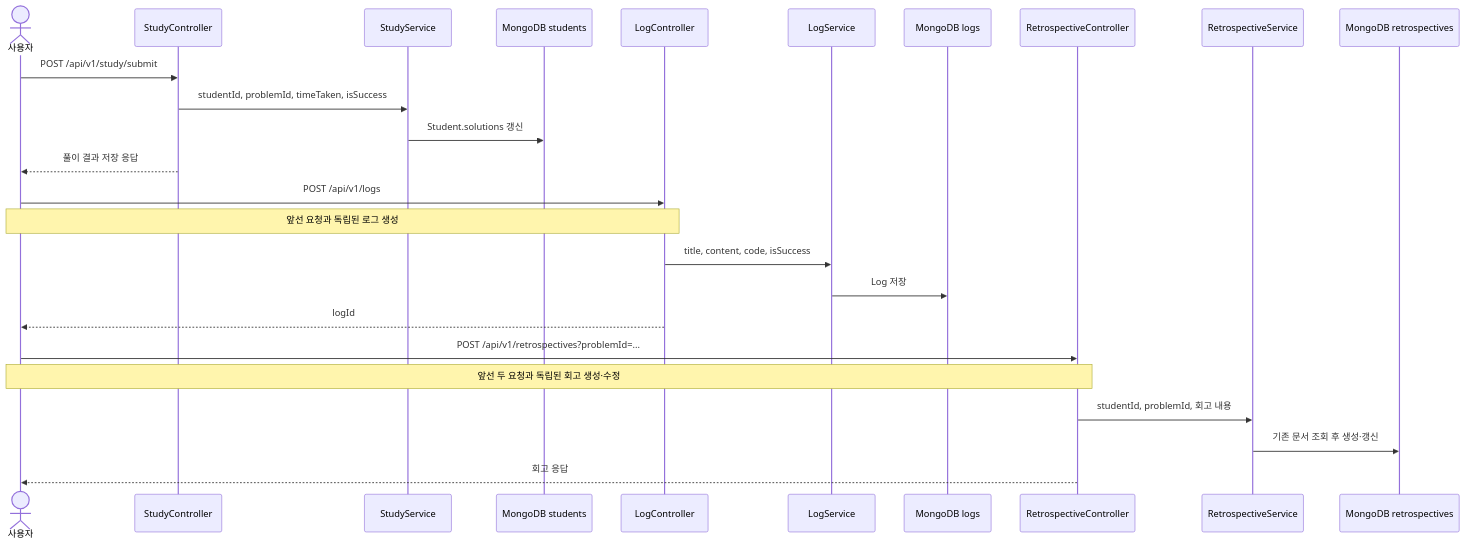
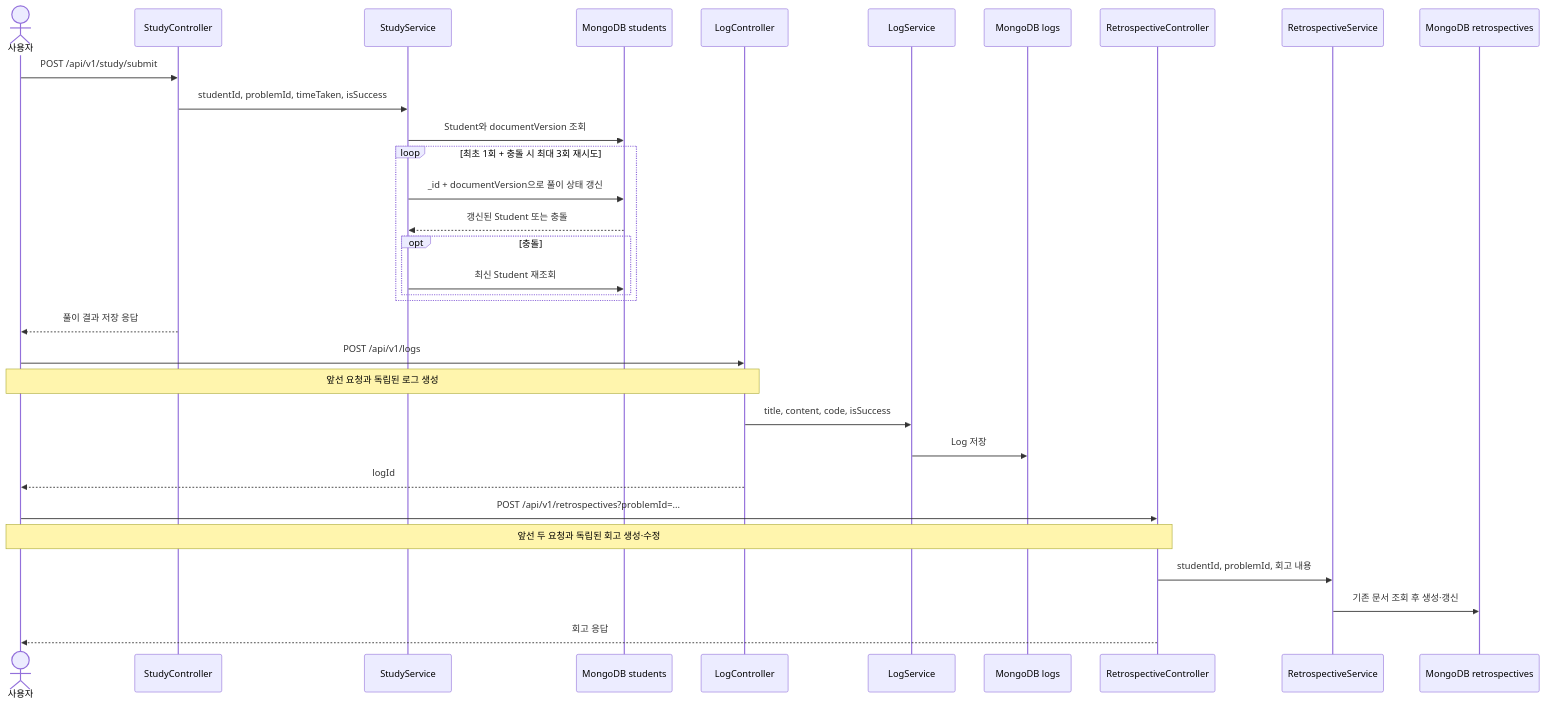
Before and after one commit to didim-log/didim-log-BE: the diagram in DOCS/portfolio/STUDY_RECORD_FLOW.md, drawn with Mermaid. The commit also changed other lines of this file and 13 other files, not shown here.

First line of the commit message:
refactor(study): 풀이 저장 충돌 재시도 (#91)

````diff
--- a/DOCS/portfolio/STUDY_RECORD_FLOW.md
+++ b/DOCS/portfolio/STUDY_RECORD_FLOW.md
@@ -23,30 +23,37 @@
 ```mermaid
 sequenceDiagram
     actor User as 사용자
     participant Study as StudyController
     participant StudySvc as StudyService
     participant Students as MongoDB students
     participant LogCtrl as LogController
     participant LogSvc as LogService
     participant Logs as MongoDB logs
     participant RetroCtrl as RetrospectiveController
     participant RetroSvc as RetrospectiveService
     participant Retrospectives as MongoDB retrospectives
 
     User->>Study: POST /api/v1/study/submit
     Study->>StudySvc: studentId, problemId, timeTaken, isSuccess
-    StudySvc->>Students: Student.solutions 갱신
+    StudySvc->>Students: Student와 documentVersion 조회
+    loop 최초 1회 + 충돌 시 최대 3회 재시도
+        StudySvc->>Students: _id + documentVersion으로 풀이 상태 갱신
+        Students-->>StudySvc: 갱신된 Student 또는 충돌
+        opt 충돌
+            StudySvc->>Students: 최신 Student 재조회
+        end
+    end
     Study-->>User: 풀이 결과 저장 응답
 
     User->>LogCtrl: POST /api/v1/logs
     Note over User,LogCtrl: 앞선 요청과 독립된 로그 생성
     LogCtrl->>LogSvc: title, content, code, isSuccess
     LogSvc->>Logs: Log 저장
     LogCtrl-->>User: logId
 
     User->>RetroCtrl: POST /api/v1/retrospectives?problemId=...
     Note over User,RetroCtrl: 앞선 두 요청과 독립된 회고 생성·수정
     RetroCtrl->>RetroSvc: studentId, problemId, 회고 내용
     RetroSvc->>Retrospectives: 기존 문서 조회 후 생성·갱신
     RetroCtrl-->>User: 회고 응답
 ```
````
